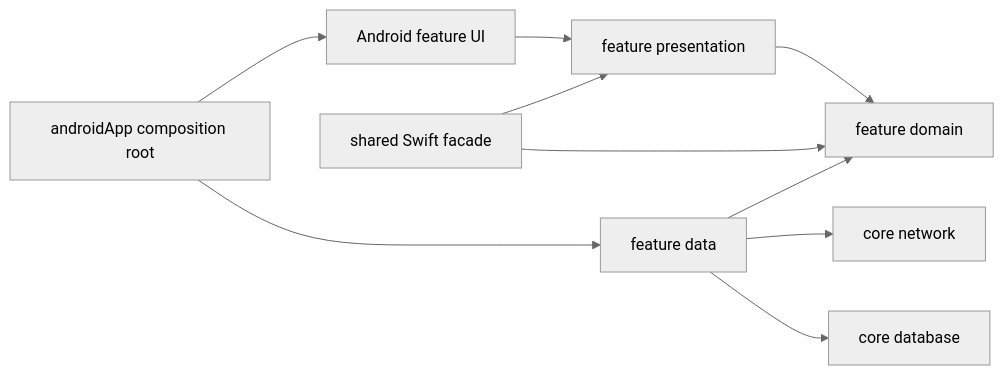
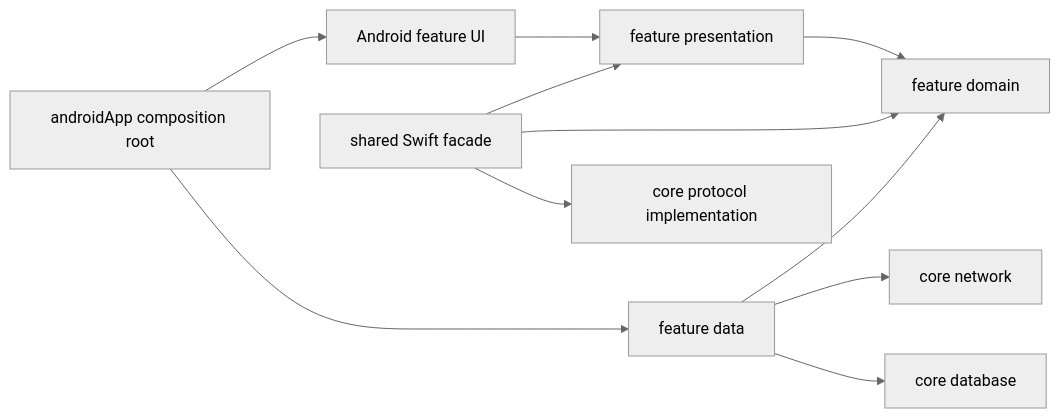
One commit to VictorSkurchik/rotki changed the diagram in mobile/docs/architecture.md. Above: the diagram before and after it, drawn with Mermaid (neutral theme). The commit also changed other lines of this file and 18 other files, not shown here.

Commit message:
refactor(mobile): extract protocol core

````diff
--- a/mobile/docs/architecture.md
+++ b/mobile/docs/architecture.md
@@ -123,12 +125,13 @@
 ```mermaid
 flowchart LR
     AndroidApp["androidApp composition root"] --> AndroidFeature["Android feature UI"]
     AndroidFeature --> Presentation["feature presentation"]
     Presentation --> Domain["feature domain"]
     Data["feature data"] --> Domain
     Data --> Network["core network"]
     Data --> Database["core database"]
     AndroidApp --> Data
     Shared["shared Swift facade"] --> Presentation
     Shared --> Domain
+    Shared --> Protocol["core protocol implementation"]
 ```
````
